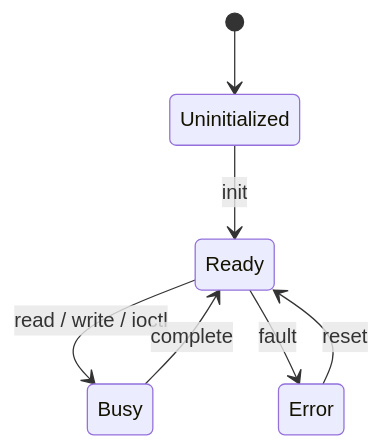
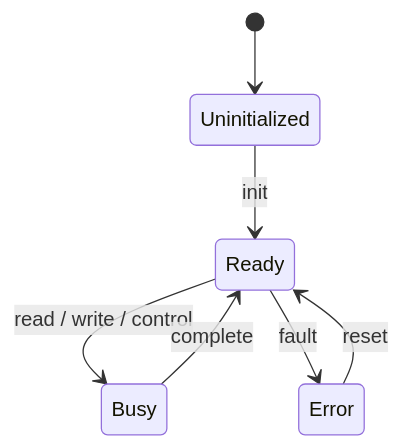
One commit to kmt-t/fireball changed the third of 4 diagrams in docs/components/tier3_platform/platform_hal.md. Above: the diagram before and after it, drawn with Mermaid. The commit also changed 18 other files, not shown here.

Commit message:
docs: harmonize component diagrams, state transitions, and symlinks across specifications

````diff
--- a/docs/components/tier3_platform/platform_hal.md
+++ b/docs/components/tier3_platform/platform_hal.md
@@ -112,9 +112,9 @@
 ```mermaid
 stateDiagram-v2
     [*] --> Uninitialized
     Uninitialized --> Ready: init
-    Ready --> Busy: read / write / ioctl
+    Ready --> Busy: read / write / control
     Busy --> Ready: complete
     Ready --> Error: fault
     Error --> Ready: reset
 ```
````
